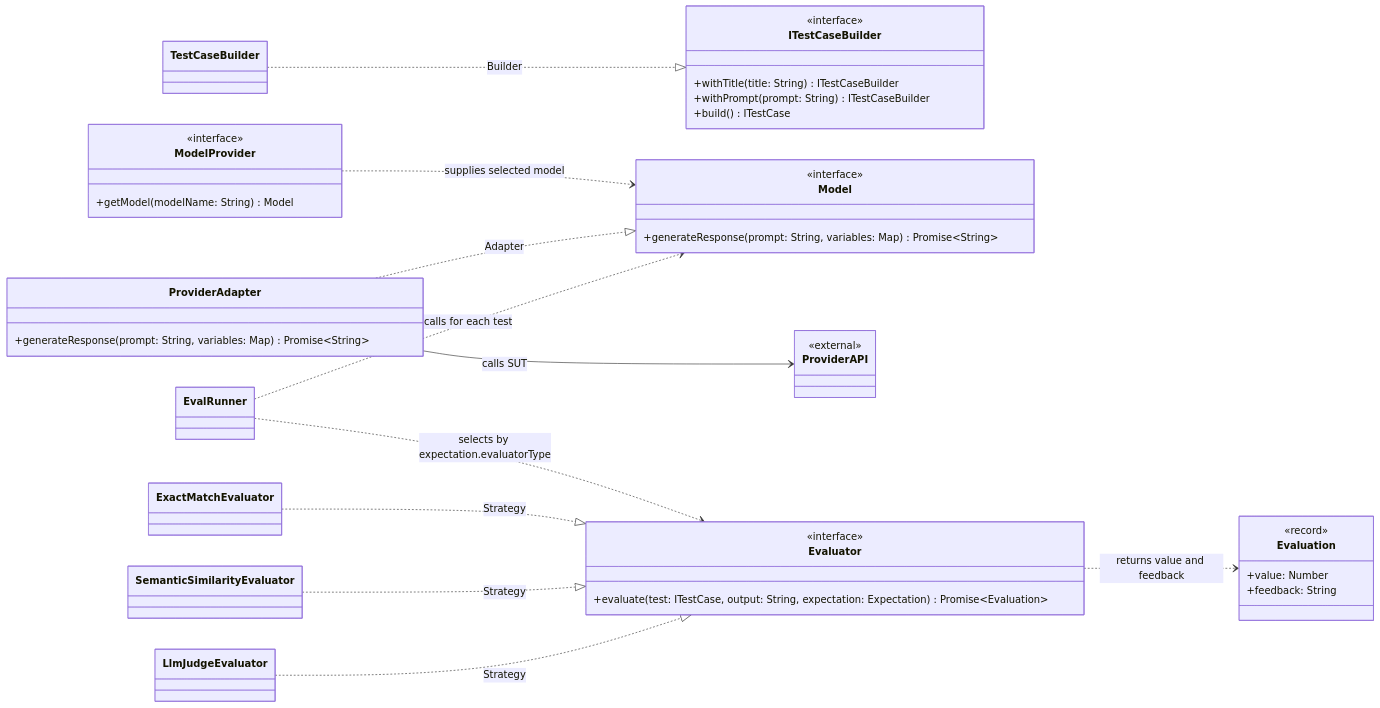
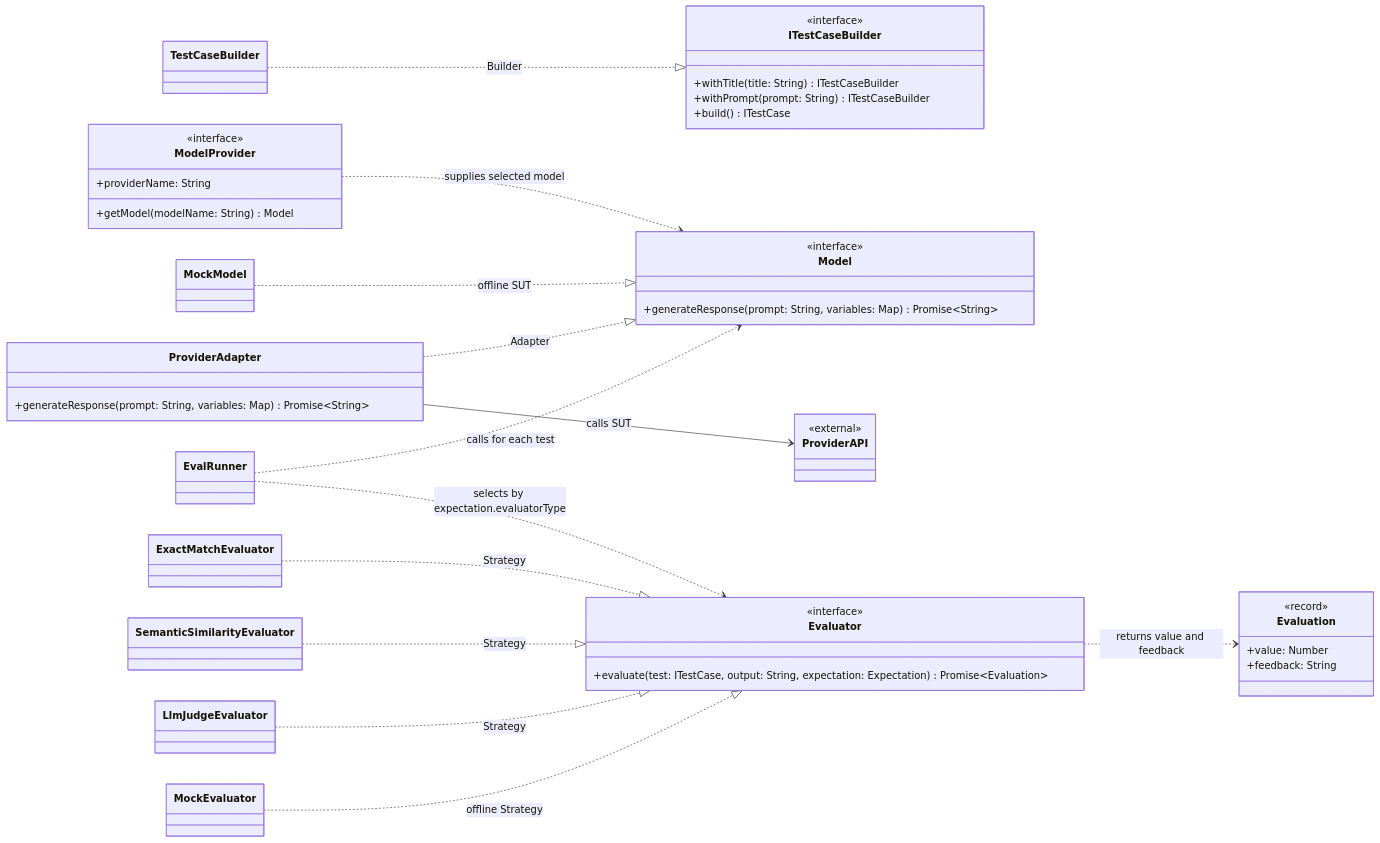
One commit to LucaPigo/smartest-ai-testbook changed the fourth of 4 diagrams in doc/domain-design.md. Above: the diagram before and after it, drawn with Mermaid. The commit also changed other lines of this file and 32 other files, not shown here.

First line of the commit message:
Add mock AI services for offline flow validation

````diff
--- a/doc/domain-design.md
+++ b/doc/domain-design.md
@@ -278,52 +295,57 @@
 ```mermaid
 classDiagram
     direction LR
 
     class ITestCaseBuilder {
         +withTitle(title: String) ITestCaseBuilder
         <<interface>>
         +withPrompt(prompt: String) ITestCaseBuilder
         +build() ITestCase
     }
     class TestCaseBuilder
     TestCaseBuilder ..|> ITestCaseBuilder : Builder
 
     class ModelProvider {
         <<interface>>
+        +providerName: String
         +getModel(modelName: String) Model
     }
     class Model {
         <<interface>>
         +generateResponse(prompt: String, variables: Map) Promise~String~
     }
     class ProviderAdapter {
         +generateResponse(prompt: String, variables: Map) Promise~String~
     }
     class ProviderAPI {
         <<external>>
     }
+    class MockModel
     ModelProvider ..> Model : supplies selected model
     ProviderAdapter ..|> Model : Adapter
     ProviderAdapter --> ProviderAPI : calls SUT
+    MockModel ..|> Model : offline SUT
 
     class EvalRunner
     EvalRunner ..> Model : calls for each test
     class Evaluator {
         <<interface>>
         +evaluate(test: ITestCase, output: String, expectation: Expectation) Promise~Evaluation~
     }
     class Evaluation {
         <<record>>
         +value: Number
         +feedback: String
     }
     class ExactMatchEvaluator
     class SemanticSimilarityEvaluator
     class LlmJudgeEvaluator
+    class MockEvaluator
     EvalRunner ..> Evaluator : selects by expectation.evaluatorType
     ExactMatchEvaluator ..|> Evaluator : Strategy
     SemanticSimilarityEvaluator ..|> Evaluator : Strategy
     LlmJudgeEvaluator ..|> Evaluator : Strategy
+    MockEvaluator ..|> Evaluator : offline Strategy
     Evaluator ..> Evaluation : returns value and feedback
 
 ```
````
